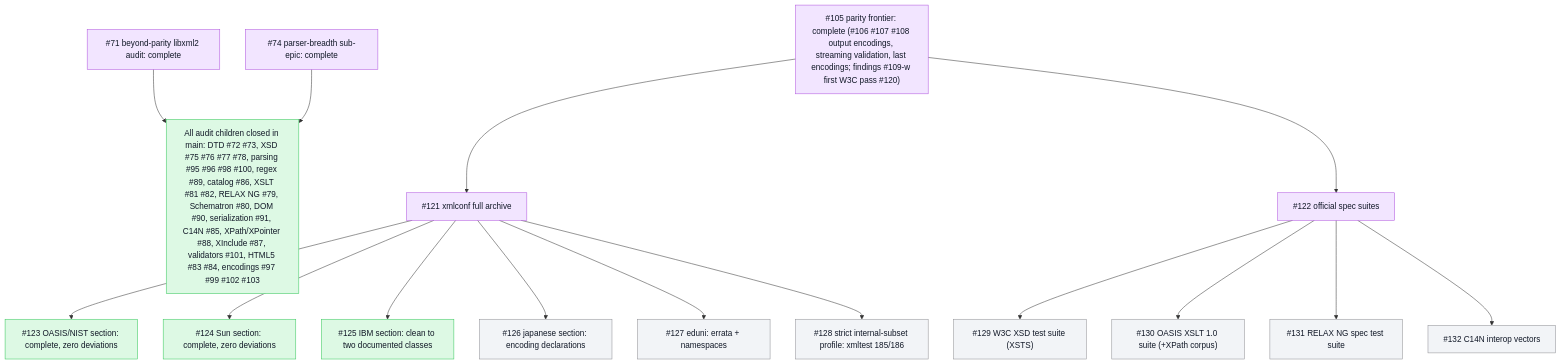
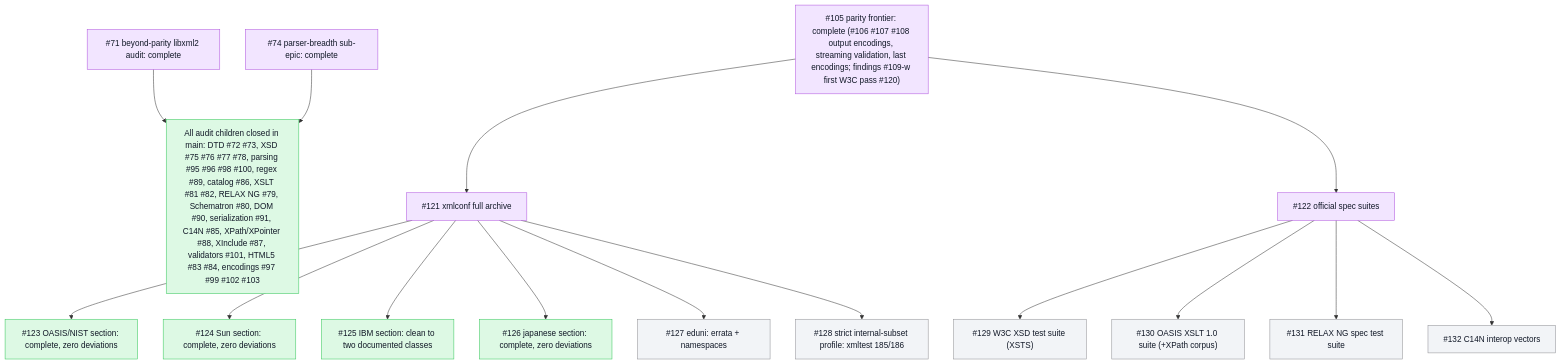
One commit to mihaelamj/PureXML changed the second of 2 diagrams in README.md. Above: the diagram before and after it, drawn with Mermaid. The commit also changed other lines of this file and 2 other files, not shown here.

Commit message:
test(conformance): japanese section runner, fully clean
All 13 cases of the xmlconf japanese section decode through the
package byte decoder (UTF-8, UTF-16 both orders, Shift_JIS, EUC-JP,
ISO-2022-JP), parse, and DTD-validate cleanly with zero deviations.
The optional encodings the suite marks TYPE='error' are all supported,
so every case is held to the must-parse bar.

Closes #126

````diff
--- a/README.md
+++ b/README.md
@@ -78,37 +78,37 @@
 ```mermaid
 flowchart TB
   classDef done fill:#ddf9e4,stroke:#34c759,color:#111827
   classDef review fill:#fff7d6,stroke:#ffcc00,color:#111827
   classDef epic fill:#f2e5ff,stroke:#af52de,color:#111827
   classDef todo fill:#f2f4f7,stroke:#8e8e93,color:#111827
   Epic71["#71 beyond-parity libxml2 audit: complete"]:::epic
   Epic74["#74 parser-breadth sub-epic: complete"]:::epic
   Done["All audit children closed in main: DTD #72 #73, XSD #75 #76 #77 #78, parsing #95 #96 #98 #100, regex #89, catalog #86, XSLT #81 #82, RELAX NG #79, Schematron #80, DOM #90, serialization #91, C14N #85, XPath/XPointer #88, XInclude #87, validators #101, HTML5 #83 #84, encodings #97 #99 #102 #103"]:::done
   Epic71 --> Done
   Epic74 --> Done
   Epic105["#105 parity frontier: complete (#106 #107 #108 output encodings, streaming validation, last encodings; findings #109-#119; first W3C pass #120)"]:::epic
   Epic121["#121 xmlconf full archive"]:::epic
   Oasis["#123 OASIS/NIST section: complete, zero deviations"]:::done
   Sun["#124 Sun section: complete, zero deviations"]:::done
   IBM["#125 IBM section: clean to two documented classes"]:::done
-  Japanese["#126 japanese section: encoding declarations"]:::todo
+  Japanese["#126 japanese section: complete, zero deviations"]:::done
   Eduni["#127 eduni: errata + namespaces"]:::todo
   StrictSubset["#128 strict internal-subset profile: xmltest 185/186"]:::todo
   Epic122["#122 official spec suites"]:::epic
   XSTS["#129 W3C XSD test suite (XSTS)"]:::todo
   XSLTTS["#130 OASIS XSLT 1.0 suite (+XPath corpus)"]:::todo
   RNGTS["#131 RELAX NG spec test suite"]:::todo
   C14NTS["#132 C14N interop vectors"]:::todo
   Epic105 --> Epic121
   Epic105 --> Epic122
   Epic121 --> Oasis
   Epic121 --> Sun
   Epic121 --> IBM
   Epic121 --> Japanese
   Epic121 --> Eduni
   Epic121 --> StrictSubset
   Epic122 --> XSTS
   Epic122 --> XSLTTS
   Epic122 --> RNGTS
   Epic122 --> C14NTS
 ```
````
